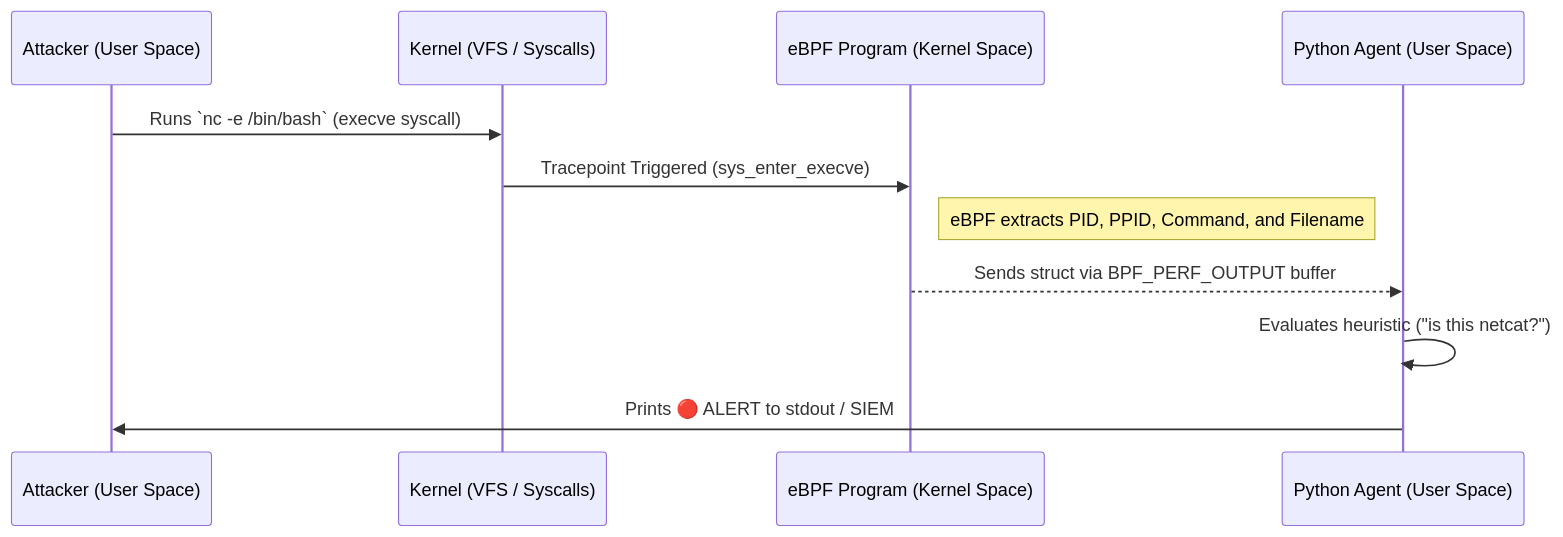
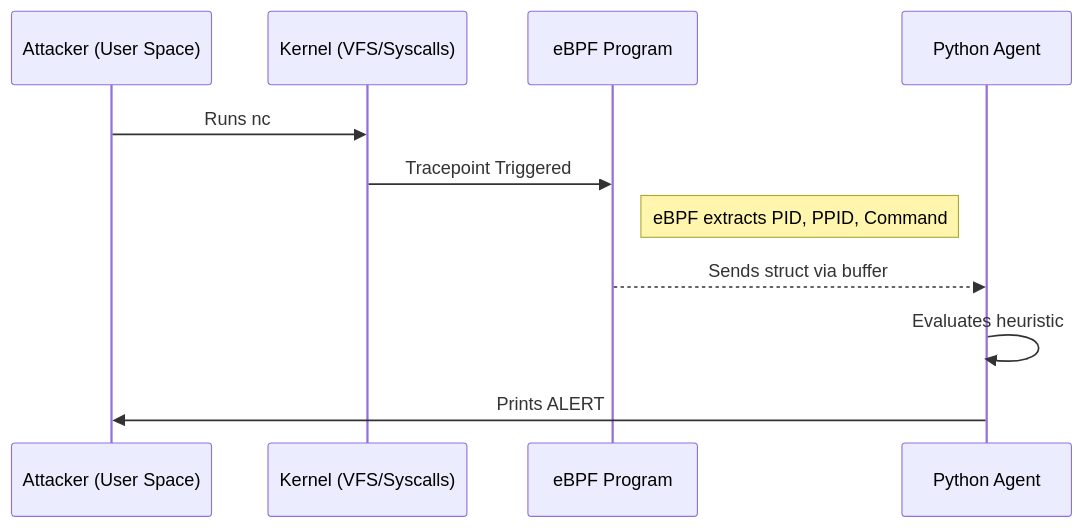
Before and after one commit to satyabhan007/linux-hpc-security: the diagram in ebpf/ebpf_reverse_shell_lab.md, drawn with Mermaid. The commit also changed 1 other file, not shown here.

Commit message:
Fix Mermaid diagram syntax to prevent JS renderer crashes

````diff
--- a/ebpf/ebpf_reverse_shell_lab.md
+++ b/ebpf/ebpf_reverse_shell_lab.md
@@ -17,14 +17,14 @@
 ```mermaid
 sequenceDiagram
-    participant Attacker (User Space)
-    participant Kernel (VFS / Syscalls)
-    participant eBPF Program (Kernel Space)
-    participant Python Agent (User Space)
-
-    Attacker (User Space)->>Kernel (VFS / Syscalls): Runs `nc -e /bin/bash` (execve syscall)
-    Kernel (VFS / Syscalls)->>eBPF Program (Kernel Space): Tracepoint Triggered (sys_enter_execve)
-    note right of eBPF Program (Kernel Space): eBPF extracts PID, PPID, Command, and Filename
-    eBPF Program (Kernel Space)-->>Python Agent (User Space): Sends struct via BPF_PERF_OUTPUT buffer
-    Python Agent (User Space)->>Python Agent (User Space): Evaluates heuristic ("is this netcat?")
-    Python Agent (User Space)->>Attacker (User Space): Prints 🔴 ALERT to stdout / SIEM
+    participant Attacker as Attacker (User Space)
+    participant Kernel as Kernel (VFS/Syscalls)
+    participant eBPF as eBPF Program
+    participant Python as Python Agent
+    
+    Attacker->>Kernel: Runs nc
+    Kernel->>eBPF: Tracepoint Triggered
+    note right of eBPF: eBPF extracts PID, PPID, Command
+    eBPF-->>Python: Sends struct via buffer
+    Python->>Python: Evaluates heuristic
+    Python->>Attacker: Prints ALERT
 ```
````
